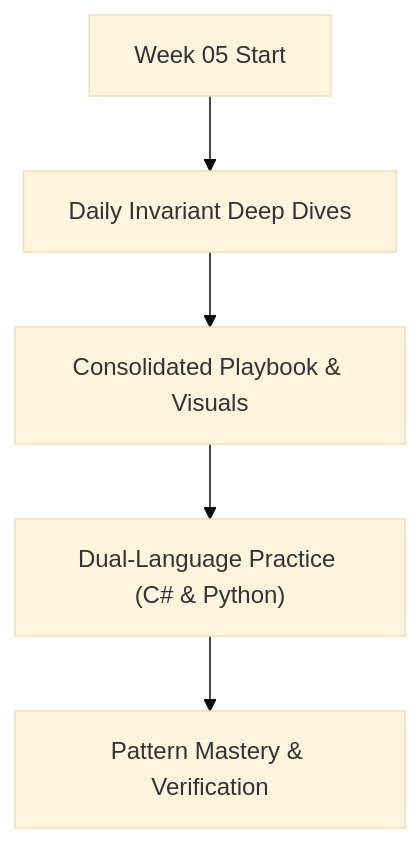
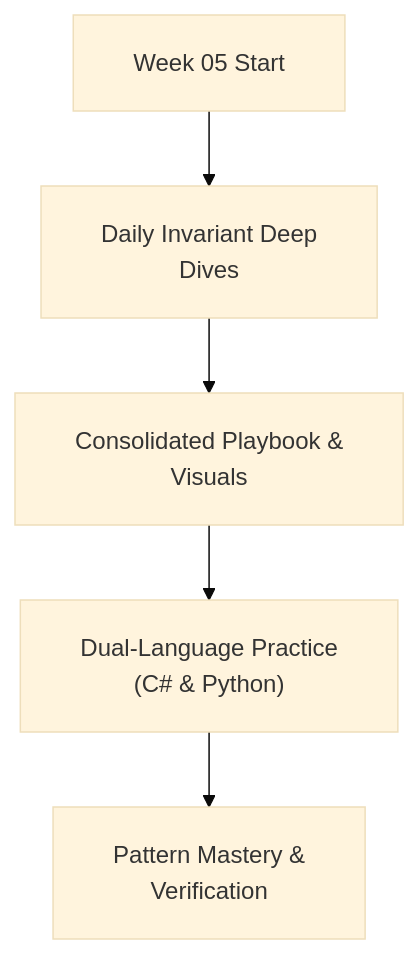
One commit to dip4k/DSA_102 changed the diagram in week_05_tier_1_critical_patterns/README.md. Above: the diagram before and after it, drawn with Mermaid (base theme). The commit also changed 108 other files, not shown here.

First line of the commit message:
fix(mermaid): resolve diagram clipping, padding, and syntax issues across repo

````diff
--- a/week_05_tier_1_critical_patterns/README.md
+++ b/week_05_tier_1_critical_patterns/README.md
@@ -16,7 +16,8 @@
 ```mermaid
+%%{init: {"flowchart": {"htmlLabels": true, "padding": 20}}}%%
 flowchart TD
-    Start["Week 05 Start"] --> Daily["Daily Invariant Deep Dives"]
-    Daily --> Playbook["Consolidated Playbook & Visuals"]
-    Playbook --> DualLang["Dual-Language Practice (C# & Python)"]
-    DualLang --> Mastery["Pattern Mastery & Verification"]
+    Start["Week 05 Start"] --> Daily["Daily Invariant Deep<br/>Dives"]
+    Daily --> Playbook["Consolidated Playbook &<br/>Visuals"]
+    Playbook --> DualLang["Dual-Language Practice<br/>(C# & Python)"]
+    DualLang --> Mastery["Pattern Mastery &<br/>Verification"]
 ```
````
